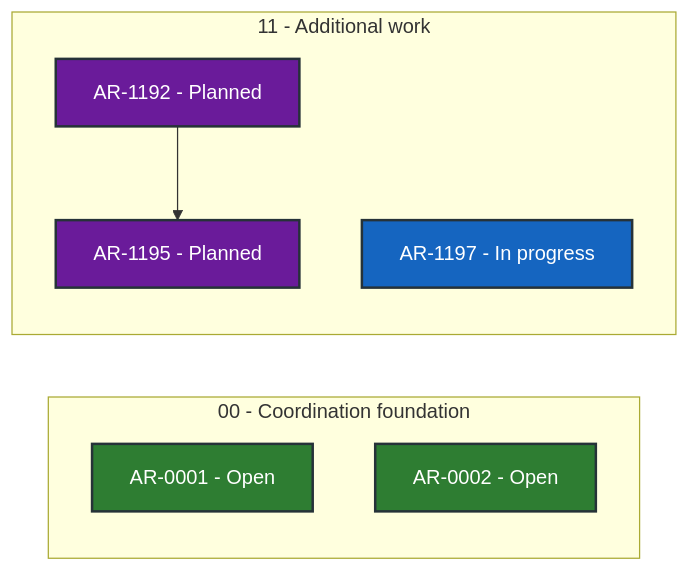
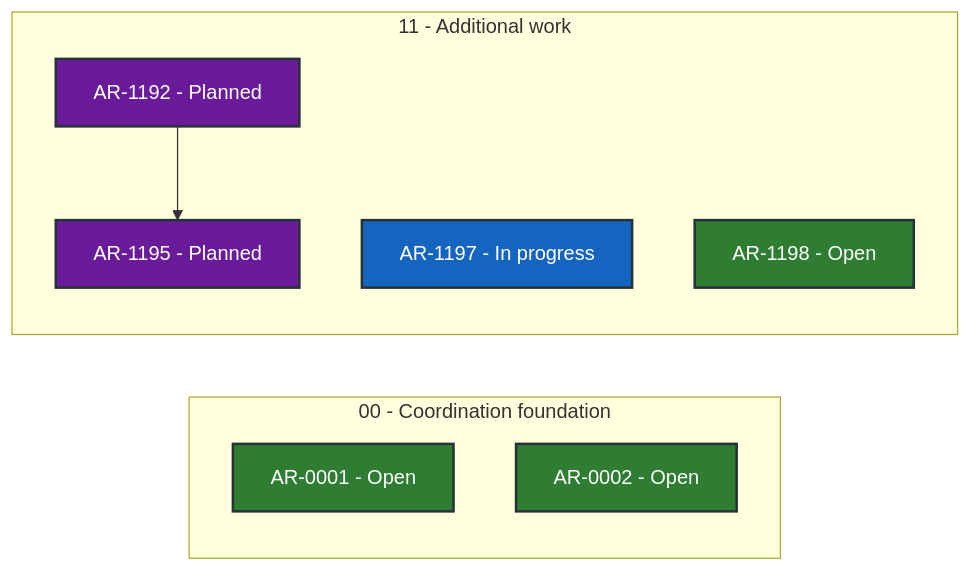
One commit to martin-beck/asb-tui-state changed the diagram in STATUS.md. Above: the diagram before and after it, drawn with Mermaid. The commit also changed other lines of this file and 1 other file, not shown here.

````diff
--- a/STATUS.md
+++ b/STATUS.md
@@ -27,23 +27,24 @@
 ```mermaid
 flowchart LR
     subgraph series_00["00 - Coordination foundation"]
         direction TB
         AR_0001["AR-0001 - Open"]:::status_open
         AR_0002["AR-0002 - Open"]:::status_open
     end
     subgraph series_11["11 - Additional work"]
         direction TB
         AR_1192["AR-1192 - Planned"]:::status_planned
         AR_1195["AR-1195 - Planned"]:::status_planned
         AR_1197["AR-1197 - In progress"]:::status_in_progress
+        AR_1198["AR-1198 - Open"]:::status_open
     end
     AR_1192 --> AR_1195
     classDef status_in_progress fill:#1565c0,color:#ffffff,stroke:#263238,stroke-width:2px
     classDef status_open fill:#2e7d32,color:#ffffff,stroke:#263238,stroke-width:2px
     classDef status_blocked fill:#c62828,color:#ffffff,stroke:#263238,stroke-width:2px
     classDef status_planned fill:#6a1b9a,color:#ffffff,stroke:#263238,stroke-width:2px
     classDef status_future fill:#455a64,color:#ffffff,stroke:#263238,stroke-width:2px
     classDef status_done fill:#00695c,color:#ffffff,stroke:#263238,stroke-width:2px
     classDef status_cancelled fill:#616161,color:#ffffff,stroke:#263238,stroke-width:2px
     classDef status_superseded fill:#5d4037,color:#ffffff,stroke:#263238,stroke-width:2px
 ```
````
